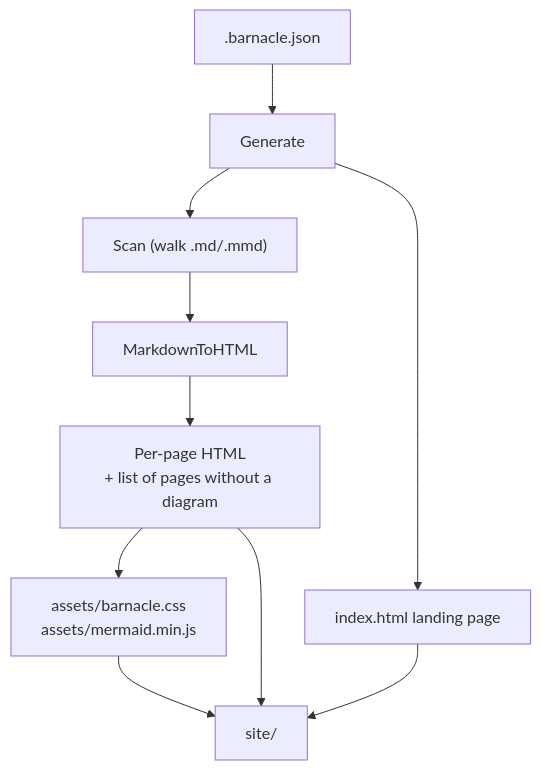
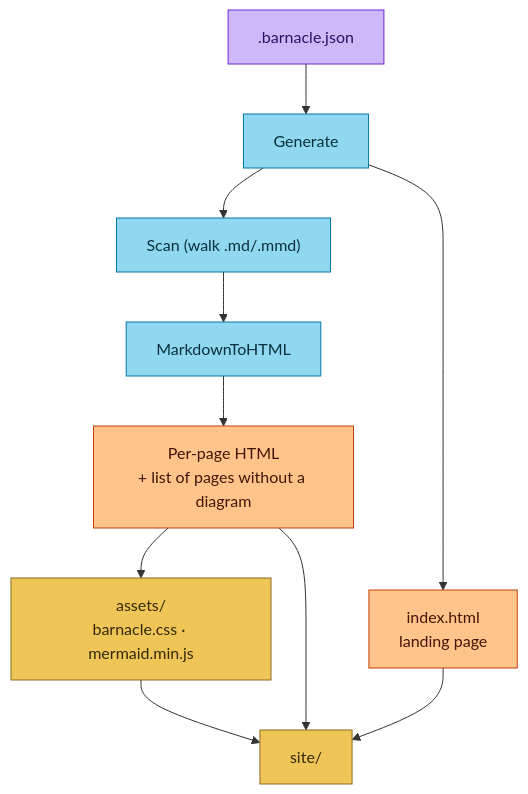
The diagram in internal/barnacle/site.go.md (fordaj/barnacle), drawn with Mermaid before and after one commit. The commit also changed 23 other files, not shown here.

````diff
--- a/internal/barnacle/site.go.md
+++ b/internal/barnacle/site.go.md
@@ -3,16 +3,24 @@
 ```mermaid
 flowchart TD
     Config[".barnacle.json"] --> Generate[Generate]
     Generate --> Scan["Scan (walk .md/.mmd)"]
     Scan --> Render[MarkdownToHTML]
-    Render --> Pages[Per-page HTML<br/>+ list of pages without a diagram]
-    Generate --> Index[index.html landing page]
-    Pages --> Assets[assets/barnacle.css<br/>assets/mermaid.min.js]
-    Pages --> Out[site/]
+    Render --> Pages["Per-page HTML<br/>+ list of pages without a diagram"]
+    Generate --> Index["index.html<br/>landing page"]
+    Pages --> Assets["assets/<br/>barnacle.css · mermaid.min.js"]
+    Pages --> Out["site/"]
     Index --> Out
     Assets --> Out
     click Scan href "scan.go.md"
     click Render href "render.go.md"
     click Index href "nav.go.md"
     click Config href "config.go.md"
+    class Config jsonFile
+    class Generate,Scan,Render goFile
+    class Pages,Index htmlFile
+    class Assets,Out folder
+    classDef jsonFile fill:#cdb9f7,stroke:#6d28d9,color:#2e1065
+    classDef goFile fill:#8fd8ef,stroke:#0277a8,color:#08303d
+    classDef htmlFile fill:#ffc48a,stroke:#c2410c,color:#431407
+    classDef folder fill:#f0c558,stroke:#8a6d1c,color:#332a05
 ```
````
